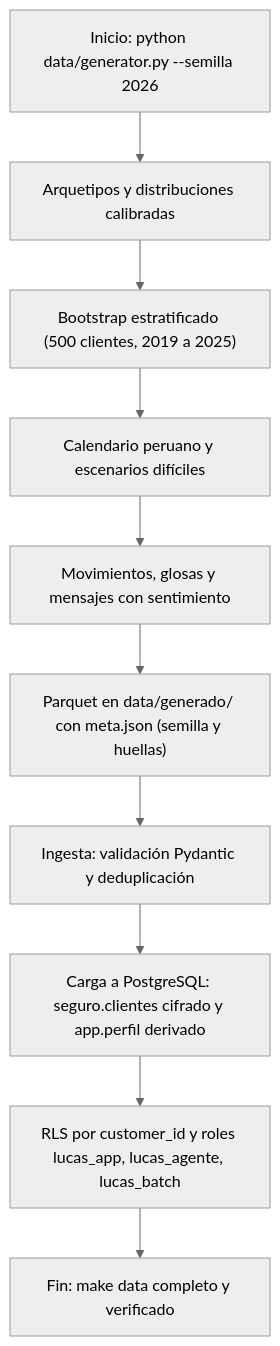
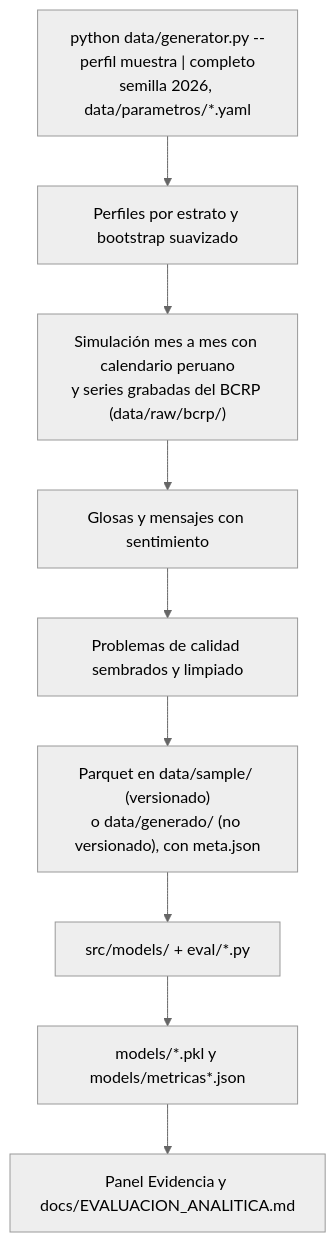
Before and after one commit to Nakusuo/Hackathon-BBVA-2026: the second of 2 diagrams in docs/arquitectura-datos.md, drawn with Mermaid (neutral theme). The commit also changed other lines of this file and 3 other files, not shown here.

````diff
--- a/docs/arquitectura-datos.md
+++ b/docs/arquitectura-datos.md
@@ -157,12 +39,11 @@
 ```mermaid
 graph TD
-    A["Inicio: python data/generator.py --semilla 2026"] --> B["Arquetipos y distribuciones calibradas"]
-    B --> C["Bootstrap estratificado (500 clientes, 2019 a 2025)"]
-    C --> D["Calendario peruano y escenarios difíciles"]
-    D --> E["Movimientos, glosas y mensajes con sentimiento"]
-    E --> F["Parquet en data/generado/ con meta.json (semilla y huellas)"]
-    F --> G["Ingesta: validación Pydantic y deduplicación"]
-    G --> H["Carga a PostgreSQL: seguro.clientes cifrado y app.perfil derivado"]
-    H --> I["RLS por customer_id y roles lucas_app, lucas_agente, lucas_batch"]
-    I --> J["Fin: make data completo y verificado"]
+    A["python data/generator.py --perfil muestra | completo<br/>semilla 2026, data/parametros/*.yaml"] --> B["Perfiles por estrato y bootstrap suavizado"]
+    B --> C["Simulación mes a mes con calendario peruano<br/>y series grabadas del BCRP (data/raw/bcrp/)"]
+    C --> D["Glosas y mensajes con sentimiento"]
+    D --> E["Problemas de calidad sembrados y limpiado"]
+    E --> F["Parquet en data/sample/ (versionado)<br/>o data/generado/ (no versionado), con meta.json"]
+    F --> G["src/models/ + eval/*.py"]
+    G --> H["models/*.pkl y models/metricas*.json"]
+    H --> I["Panel Evidencia y docs/EVALUACION_ANALITICA.md"]
 ```
````
